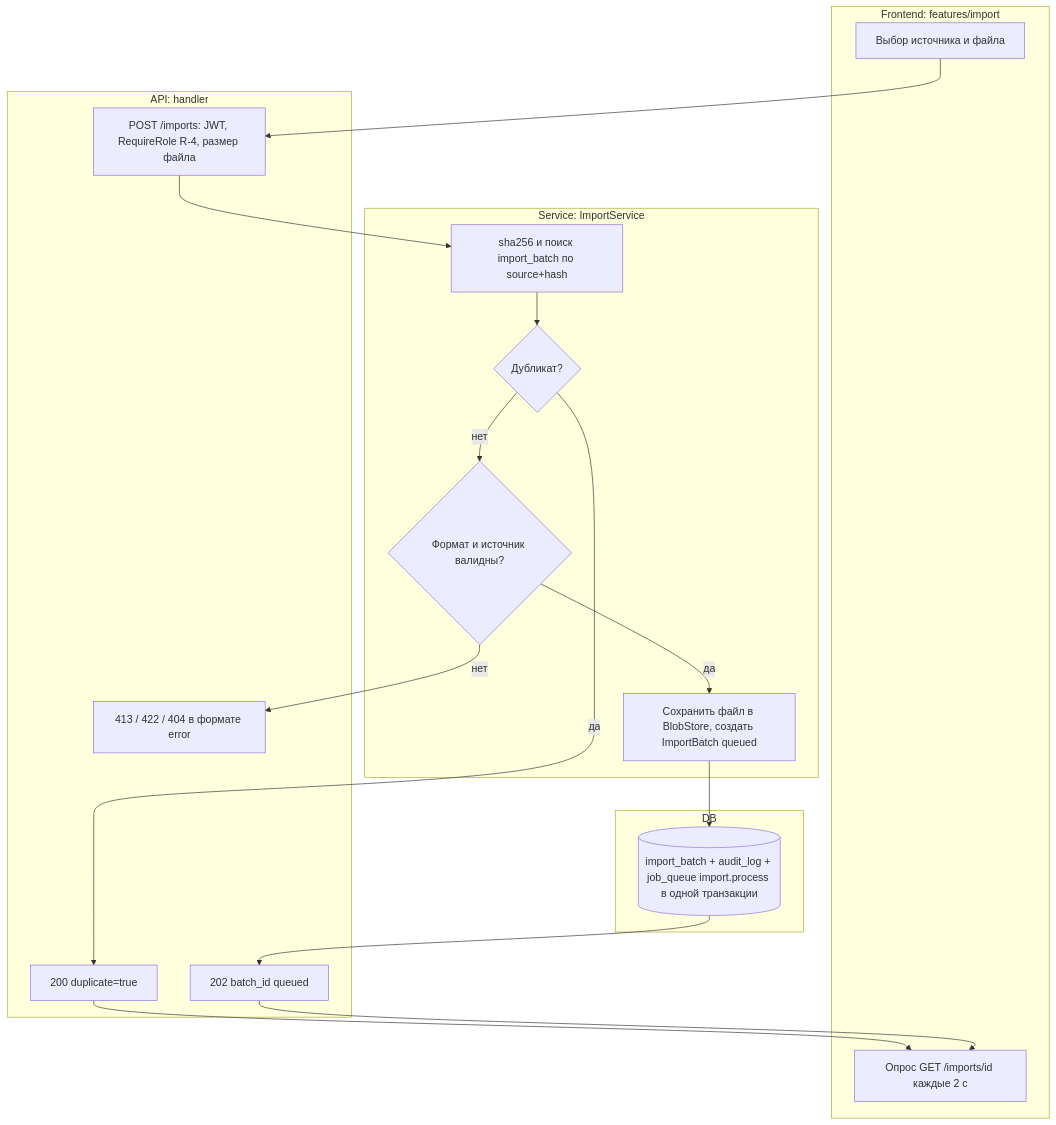
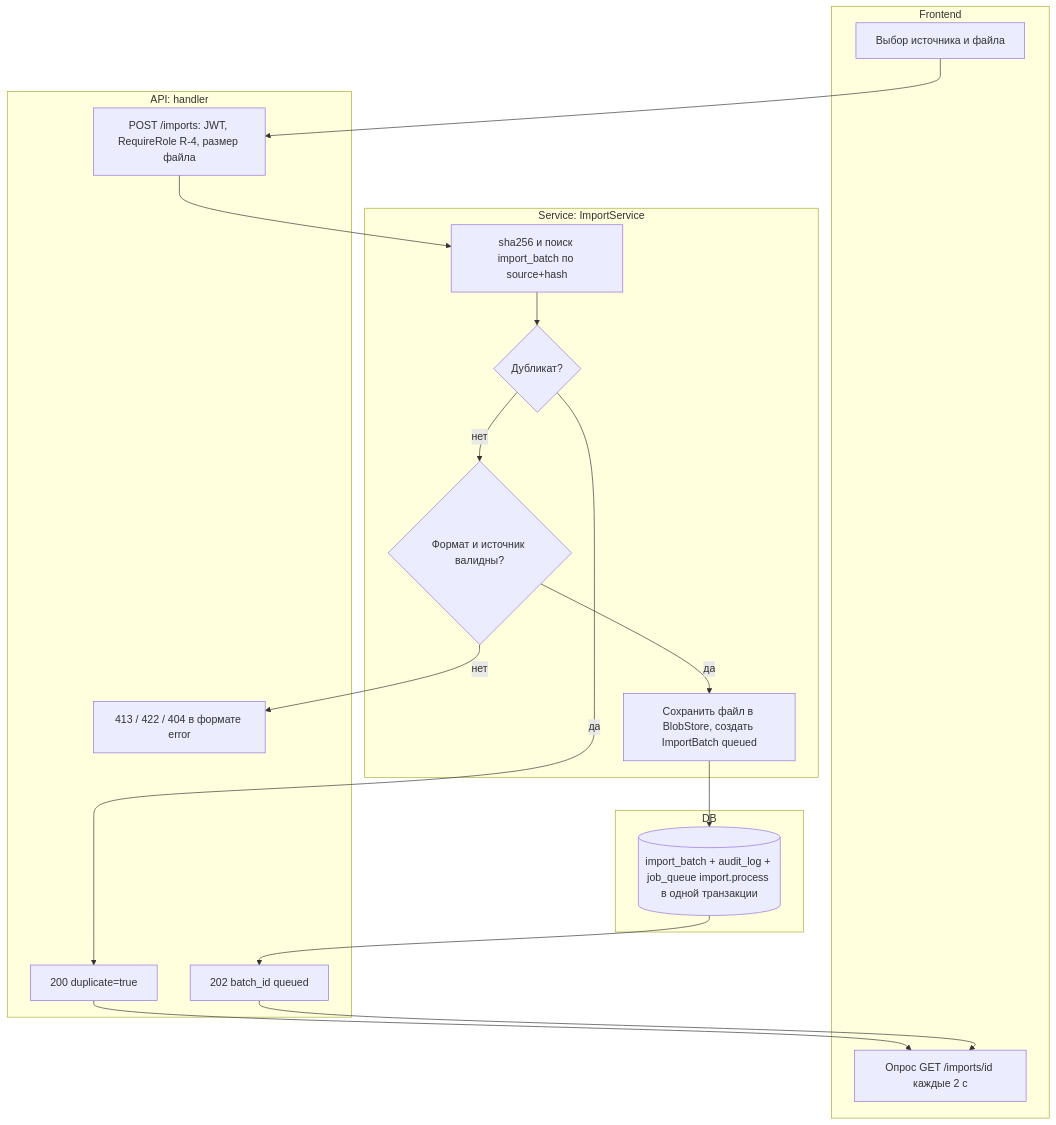
Before and after one commit to MangriMen/UCRP: the first of 6 diagrams in docs/design/08-activity-diagrams.md, drawn with Mermaid. The commit also changed other lines of this file and 10 other files, not shown here.

````diff
--- a/docs/design/08-activity-diagrams.md
+++ b/docs/design/08-activity-diagrams.md
@@ -9,27 +9,27 @@
 ```mermaid
 flowchart TB
-  subgraph FE["Frontend: features/import"]
+  subgraph FE["Frontend"]
     F1["Выбор источника и файла"]
     F2["Опрос GET /imports/id каждые 2 с"]
   end
   subgraph API["API: handler"]
     A1["POST /imports: JWT, RequireRole R-4, размер файла"]
     A2["202 batch_id queued"]
     A3["200 duplicate=true"]
     AE["413 / 422 / 404 в формате error"]
   end
   subgraph SVC["Service: ImportService"]
     S1["sha256 и поиск import_batch по source+hash"]
     S2{"Дубликат?"}
     S3{"Формат и источник валидны?"}
     S4["Сохранить файл в BlobStore, создать ImportBatch queued"]
   end
   subgraph DB["DB"]
     D1[("import_batch + audit_log + job_queue import.process в одной транзакции")]
   end
   F1 --> A1 --> S1 --> S2
   S2 -- да --> A3 --> F2
   S2 -- нет --> S3
   S3 -- нет --> AE
   S3 -- да --> S4 --> D1 --> A2 --> F2
 ```
````
